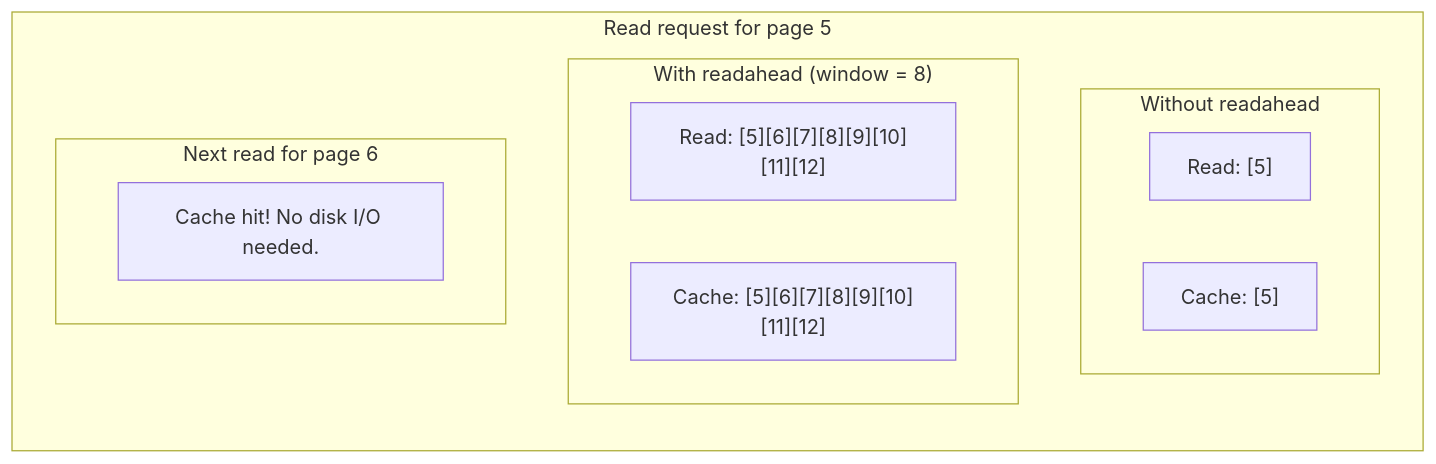
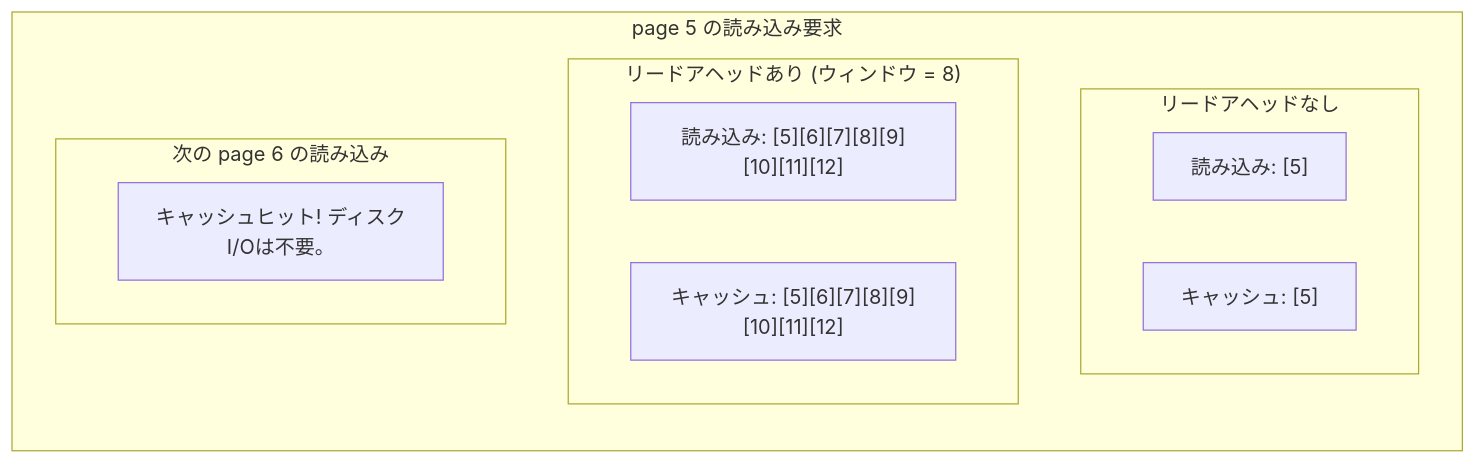
Before and after one commit to doguto/linux-kernel-internals-jp: the sixth of 8 diagrams in docs/mm/life-of-read.md, drawn with Mermaid. The commit also changed other lines of this file and 27 other files, not shown here.

````diff
--- a/docs/mm/life-of-read.md
+++ b/docs/mm/life-of-read.md
@@ -336,19 +336,19 @@
 ```mermaid
 flowchart TD
-    subgraph request["Read request for page 5"]
+    subgraph request["page 5 の読み込み要求"]
         direction TB
-        subgraph without["Without readahead"]
+        subgraph without["リードアヘッドなし"]
             direction LR
-            W1["Read: [5]"]
-            W2["Cache: [5]"]
+            W1["読み込み: [5]"]
+            W2["キャッシュ: [5]"]
         end
-        subgraph with["With readahead (window = 8)"]
+        subgraph with["リードアヘッドあり (ウィンドウ = 8)"]
             direction LR
-            R1["Read: [5][6][7][8][9][10][11][12]"]
-            R2["Cache: [5][6][7][8][9][10][11][12]"]
+            R1["読み込み: [5][6][7][8][9][10][11][12]"]
+            R2["キャッシュ: [5][6][7][8][9][10][11][12]"]
         end
-        subgraph next["Next read for page 6"]
-            N1["Cache hit! No disk I/O needed."]
+        subgraph next["次の page 6 の読み込み"]
+            N1["キャッシュヒット! ディスクI/Oは不要。"]
         end
     end
 ```
````
